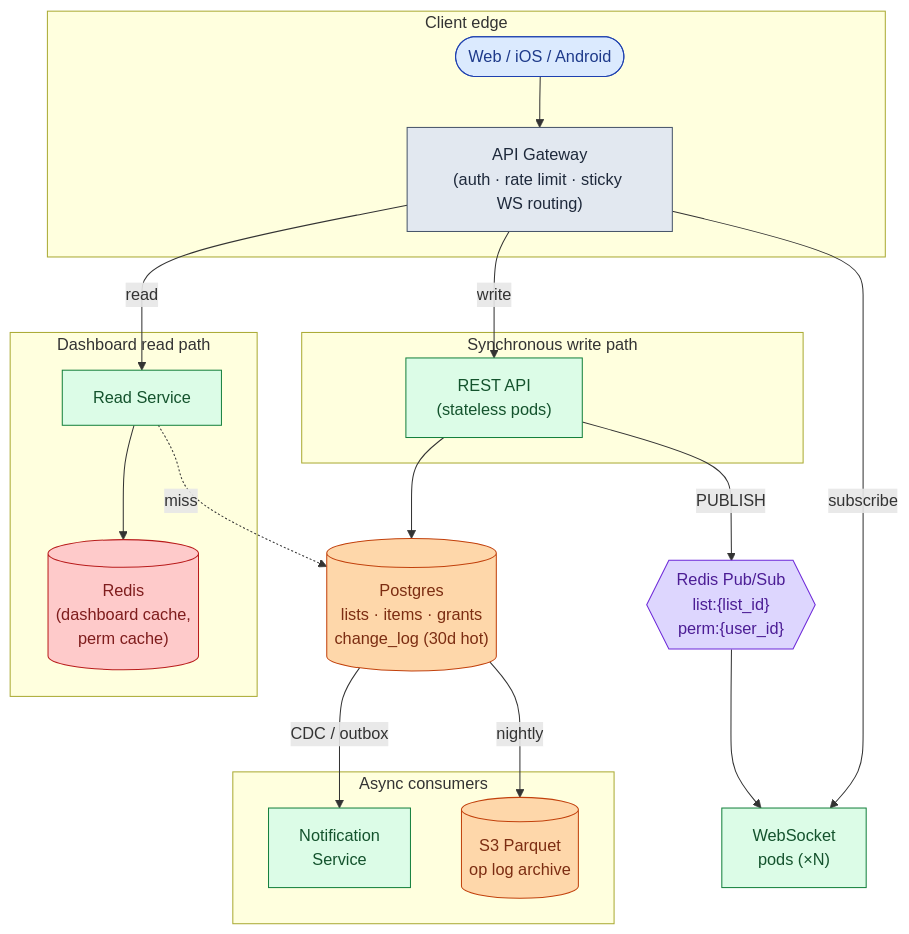
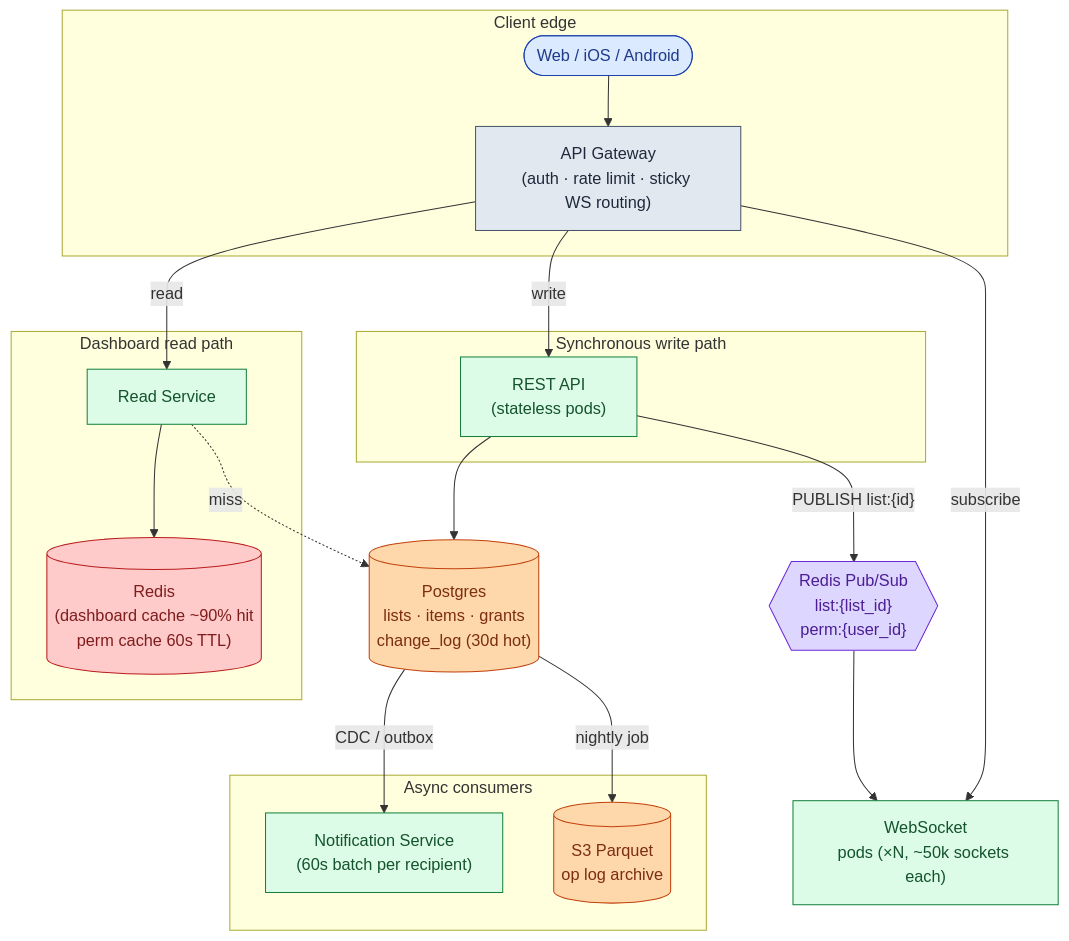
Before and after one commit to shiningflash/system-design: the ninth of 12 diagrams in problems/013-todo-list-sharing/question.md, drawn with Mermaid. The commit also changed other lines of this file and 37 other files, not shown here.

````diff
--- a/problems/013-todo-list-sharing/question.md
+++ b/problems/013-todo-list-sharing/question.md
@@ -316,46 +379,46 @@
 ```mermaid
 flowchart TB
     subgraph Edge["Client edge"]
         C([Web / iOS / Android]):::user
         GW["API Gateway<br/>(auth · rate limit · sticky WS routing)"]:::edge
     end
 
     subgraph WritePath["Synchronous write path"]
         API["REST API<br/>(stateless pods)"]:::app
     end
 
     subgraph ReadPath["Dashboard read path"]
         R["Read Service"]:::app
-        Cache[("Redis<br/>(dashboard cache,<br/>perm cache)")]:::cache
+        RedisCache[("Redis<br/>(dashboard cache ~90% hit<br/>perm cache 60s TTL)")]:::cache
     end
 
     DB[("Postgres<br/>lists · items · grants<br/>change_log (30d hot)")]:::db
 
     Bus{{"Redis Pub/Sub<br/>list:{list_id}<br/>perm:{user_id}"}}:::queue
 
-    WS["WebSocket<br/>pods (×N)"]:::app
+    WS["WebSocket<br/>pods (×N, ~50k sockets each)"]:::app
 
     subgraph Consumers["Async consumers"]
-        N["Notification<br/>Service"]:::app
+        N["Notification Service<br/>(60s batch per recipient)"]:::app
         Cold[("S3 Parquet<br/>op log archive")]:::db
     end
 
     C --> GW
     GW -->|write| API
     GW -->|read| R
     GW -->|subscribe| WS
     API --> DB
-    API -->|PUBLISH| Bus
+    API -->|"PUBLISH list:{id}"| Bus
     Bus --> WS
-    R --> Cache
+    R --> RedisCache
     R -.miss.-> DB
     DB -->|CDC / outbox| N
-    DB -->|nightly| Cold
+    DB -->|nightly job| Cold
 
     classDef user  fill:#dbeafe,stroke:#1e40af,color:#1e3a8a
     classDef edge  fill:#e2e8f0,stroke:#475569,color:#1e293b
     classDef app   fill:#dcfce7,stroke:#15803d,color:#14532d
     classDef db    fill:#fed7aa,stroke:#c2410c,color:#7c2d12
     classDef cache fill:#fecaca,stroke:#b91c1c,color:#7f1d1d
     classDef queue fill:#ddd6fe,stroke:#6d28d9,color:#4c1d95
 ```
````
